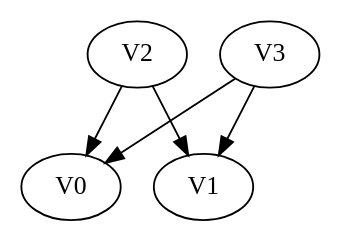
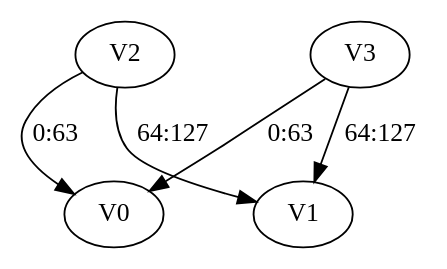
One commit to wangdi4/llvm changed the diagram in llvm/docs/Intel/Analysis/Intel_OptVLS.rst. Above: the diagram before and after it, drawn with Graphviz. The commit also changed other lines of this file and 2 other files, not shown here.

```diff
--- a/llvm/docs/Intel/Analysis/Intel_OptVLS.rst
+++ b/llvm/docs/Intel/Analysis/Intel_OptVLS.rst
@@ -324,12 +330,12 @@
 .. graphviz::
 
    digraph Initial_Graph {
 
-      V2 -> V0[weight="0:63"];
+      V2 -> V0[label="0:63",weight="0:63"];
 
-      V2 -> V1[weight="64:127"];
+      V2 -> V1[label="64:127",weight="64:127"];
 
-      V3 -> V0[weight="0:63"];
+      V3 -> V0[label="0:63",weight="0:63"];
 
-      V3 -> V1[weight="64:127"];
+      V3 -> V1[label="64:127",weight="64:127"];
    }
```
